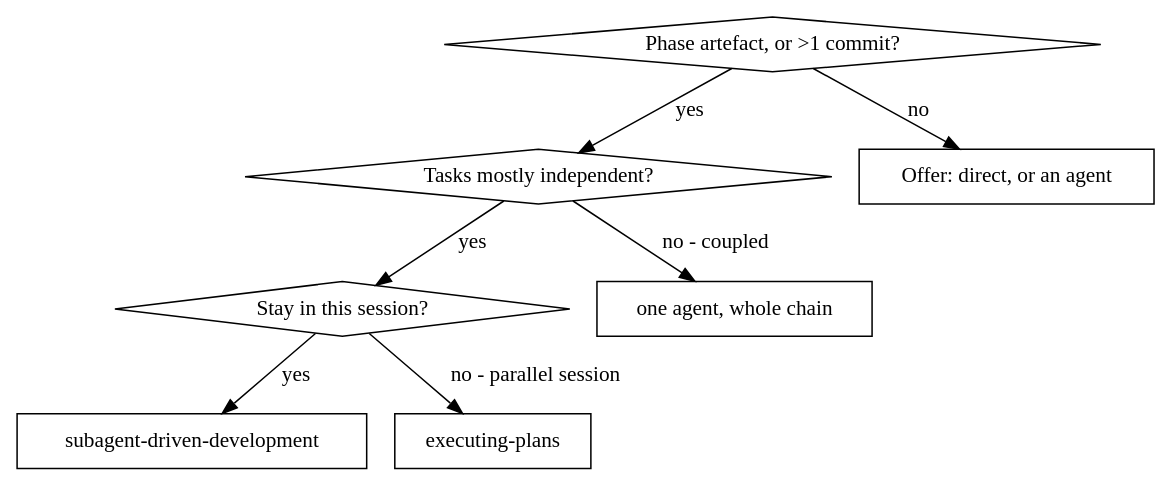
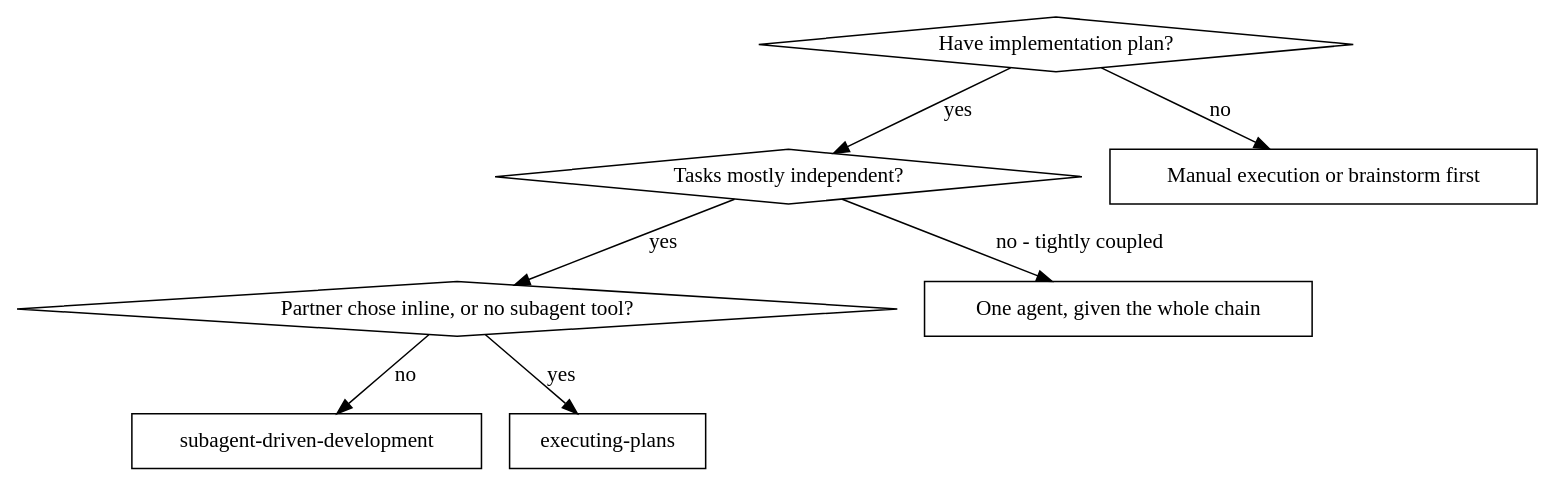
Before and after one commit to axazolai/ultrapowers: the first of 2 diagrams in plugins/ultrapowers/skills/subagent-driven-development/SKILL.md, drawn with Graphviz. The commit also changed other lines of this file and 47 other files, not shown here.

````diff
--- a/plugins/ultrapowers/skills/subagent-driven-development/SKILL.md
+++ b/plugins/ultrapowers/skills/subagent-driven-development/SKILL.md
@@ -35,18 +35,18 @@
 ```dot
 digraph when_to_use {
-    "Phase artefact, or >1 commit?" [shape=diamond];
+    "Have implementation plan?" [shape=diamond];
     "Tasks mostly independent?" [shape=diamond];
-    "Stay in this session?" [shape=diamond];
-    "one agent, whole chain" [shape=box];
+    "Partner chose inline, or no subagent tool?" [shape=diamond];
     "subagent-driven-development" [shape=box];
     "executing-plans" [shape=box];
-    "Offer: direct, or an agent" [shape=box];
+    "Manual execution or brainstorm first" [shape=box];
+    "One agent, given the whole chain" [shape=box];
 
-    "Phase artefact, or >1 commit?" -> "Tasks mostly independent?" [label="yes"];
-    "Phase artefact, or >1 commit?" -> "Offer: direct, or an agent" [label="no"];
-    "Tasks mostly independent?" -> "Stay in this session?" [label="yes"];
-    "Tasks mostly independent?" -> "one agent, whole chain" [label="no - coupled"];
-    "Stay in this session?" -> "subagent-driven-development" [label="yes"];
-    "Stay in this session?" -> "executing-plans" [label="no - parallel session"];
+    "Have implementation plan?" -> "Tasks mostly independent?" [label="yes"];
+    "Have implementation plan?" -> "Manual execution or brainstorm first" [label="no"];
+    "Tasks mostly independent?" -> "Partner chose inline, or no subagent tool?" [label="yes"];
+    "Tasks mostly independent?" -> "One agent, given the whole chain" [label="no - tightly coupled"];
+    "Partner chose inline, or no subagent tool?" -> "executing-plans" [label="yes"];
+    "Partner chose inline, or no subagent tool?" -> "subagent-driven-development" [label="no"];
 }
 ```
````
